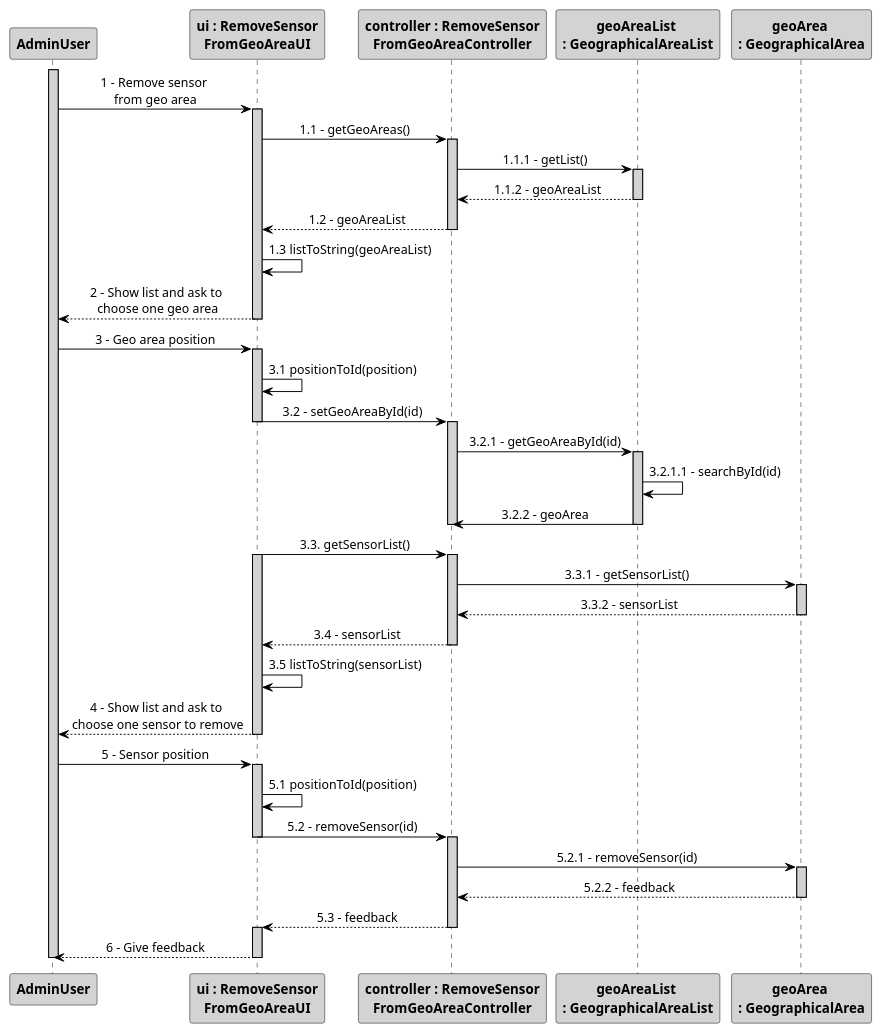
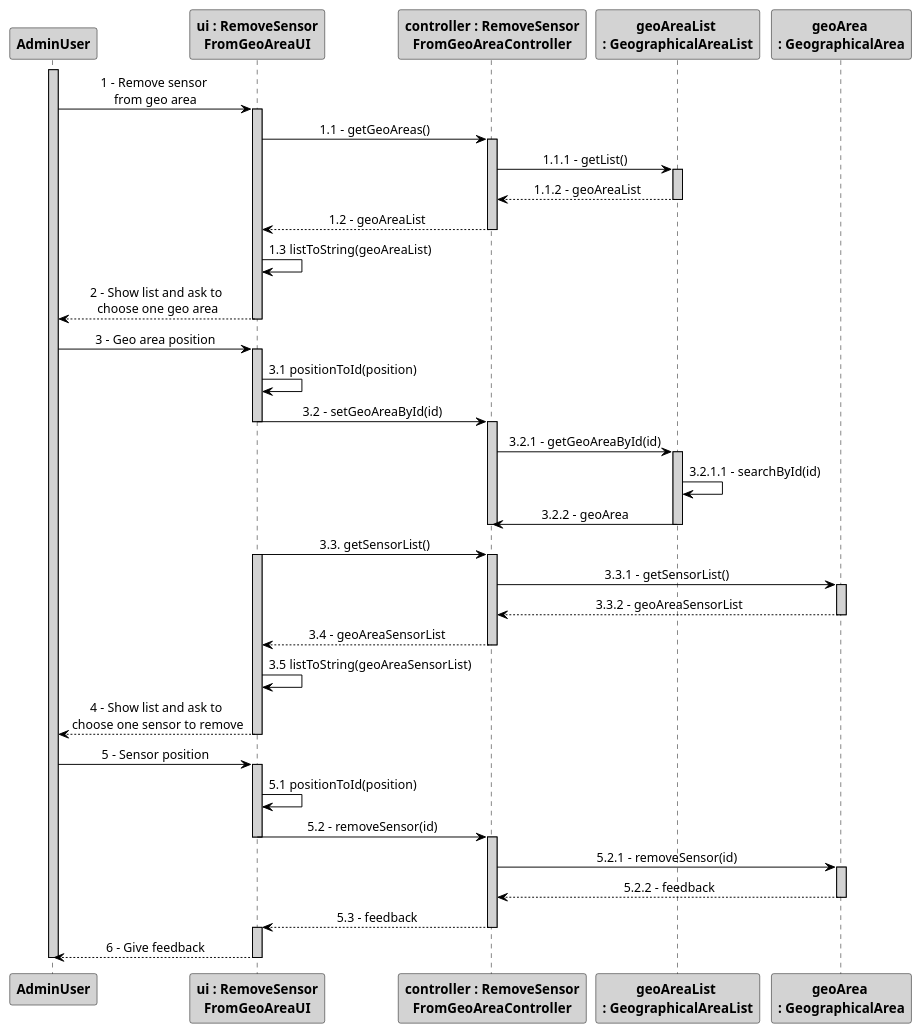
The diagram in src/main/java/pt/ipp/isep/dei/project/controllers/removesensorfromgeoareacontroller/SD_RemoveSensorFromGeoArea.puml (1181687/hateoasToy), drawn with PlantUML before and after one commit. The commit also changed 20 other files, not shown here.

Commit message:
addresses #149 [related to #157]: persistence of SensorRoom and SensorRoomList

```diff
--- a/src/main/java/pt/ipp/isep/dei/project/controllers/removesensorfromgeoareacontroller/SD_RemoveSensorFromGeoArea.puml
+++ b/src/main/java/pt/ipp/isep/dei/project/controllers/removesensorfromgeoareacontroller/SD_RemoveSensorFromGeoArea.puml
@@ -1,78 +1,78 @@
 @startuml
 skinparam sequenceMessageAlign center
 skinparam sequence {
 	ArrowColor Black
 	ActorBorderColor DarkBlue
 	LifeLineBorderColor black
 	LifeLineBackgroundColor LightGrey
 
 	ParticipantBorderColor Black
 	ParticipantBackgroundColor LightGrey
 	ParticipantFontStyle Bold
 
 	ActorBackgroundColor DimGrey
 	ActorFontColor DeepSkyBlue
 	ActorFontStyle Bold
 	ActorFontSize 17
 	ActorFontName Aapex
 }
 
 activate AdminUser
 actor AdminUser
 
 AdminUser -> "ui : RemoveSensor\nFromGeoAreaUI":1 - Remove sensor \nfrom geo area
 activate "ui : RemoveSensor\nFromGeoAreaUI"
 "ui : RemoveSensor\nFromGeoAreaUI" -> "controller : RemoveSensor\nFromGeoAreaController": 1.1 - getGeoAreas()
 activate "controller : RemoveSensor\nFromGeoAreaController"
 "controller : RemoveSensor\nFromGeoAreaController" -> "geoAreaList \n: GeographicalAreaList": 1.1.1 - getList()
 activate "geoAreaList \n: GeographicalAreaList"
 "geoAreaList \n: GeographicalAreaList" --> "controller : RemoveSensor\nFromGeoAreaController": 1.1.2 - geoAreaList
 deactivate "geoAreaList \n: GeographicalAreaList"
 "controller : RemoveSensor\nFromGeoAreaController" --> "ui : RemoveSensor\nFromGeoAreaUI": 1.2 - geoAreaList
 deactivate "controller : RemoveSensor\nFromGeoAreaController"
 "ui : RemoveSensor\nFromGeoAreaUI" -> "ui : RemoveSensor\nFromGeoAreaUI":  1.3 listToString(geoAreaList)
 "ui : RemoveSensor\nFromGeoAreaUI" --> AdminUser: 2 - Show list and ask to \nchoose one geo area
 deactivate "ui : RemoveSensor\nFromGeoAreaUI"
 AdminUser -> "ui : RemoveSensor\nFromGeoAreaUI": 3 - Geo area position
 activate "ui : RemoveSensor\nFromGeoAreaUI"
 "ui : RemoveSensor\nFromGeoAreaUI" -> "ui : RemoveSensor\nFromGeoAreaUI":  3.1 positionToId(position)
 "ui : RemoveSensor\nFromGeoAreaUI" -> "controller : RemoveSensor\nFromGeoAreaController": 3.2 - setGeoAreaById(id)
 deactivate "ui : RemoveSensor\nFromGeoAreaUI"
 activate "controller : RemoveSensor\nFromGeoAreaController"
 "controller : RemoveSensor\nFromGeoAreaController" -> "geoAreaList \n: GeographicalAreaList": 3.2.1 - getGeoAreaById(id)
 activate "geoAreaList \n: GeographicalAreaList"
 "geoAreaList \n: GeographicalAreaList" -> "geoAreaList \n: GeographicalAreaList": 3.2.1.1 - searchById(id)
 "geoAreaList \n: GeographicalAreaList" -> "controller : RemoveSensor\nFromGeoAreaController": 3.2.2 - geoArea
 deactivate "geoAreaList \n: GeographicalAreaList"
 deactivate "controller : RemoveSensor\nFromGeoAreaController"
 "ui : RemoveSensor\nFromGeoAreaUI" -> "controller : RemoveSensor\nFromGeoAreaController": 3.3. getSensorList()
 activate "ui : RemoveSensor\nFromGeoAreaUI"
 activate "controller : RemoveSensor\nFromGeoAreaController"
 "controller : RemoveSensor\nFromGeoAreaController" -> "geoArea \n: GeographicalArea": 3.3.1 - getSensorList()
 activate "geoArea \n: GeographicalArea"
-"geoArea \n: GeographicalArea" --> "controller : RemoveSensor\nFromGeoAreaController": 3.3.2 - sensorList
+"geoArea \n: GeographicalArea" --> "controller : RemoveSensor\nFromGeoAreaController": 3.3.2 - geoAreaSensorList
 deactivate "geoArea \n: GeographicalArea"
-"controller : RemoveSensor\nFromGeoAreaController" --> "ui : RemoveSensor\nFromGeoAreaUI": 3.4 - sensorList
+"controller : RemoveSensor\nFromGeoAreaController" --> "ui : RemoveSensor\nFromGeoAreaUI": 3.4 - geoAreaSensorList
 deactivate "controller : RemoveSensor\nFromGeoAreaController"
-"ui : RemoveSensor\nFromGeoAreaUI" -> "ui : RemoveSensor\nFromGeoAreaUI":  3.5 listToString(sensorList)
+"ui : RemoveSensor\nFromGeoAreaUI" -> "ui : RemoveSensor\nFromGeoAreaUI":  3.5 listToString(geoAreaSensorList)
 "ui : RemoveSensor\nFromGeoAreaUI" --> AdminUser: 4 - Show list and ask to \nchoose one sensor to remove
 deactivate "ui : RemoveSensor\nFromGeoAreaUI"
 AdminUser -> "ui : RemoveSensor\nFromGeoAreaUI": 5 - Sensor position
 activate "ui : RemoveSensor\nFromGeoAreaUI"
 "ui : RemoveSensor\nFromGeoAreaUI" -> "ui : RemoveSensor\nFromGeoAreaUI":  5.1 positionToId(position)
 "ui : RemoveSensor\nFromGeoAreaUI" -> "controller : RemoveSensor\nFromGeoAreaController": 5.2 - removeSensor(id)
 deactivate "ui : RemoveSensor\nFromGeoAreaUI"
 activate "controller : RemoveSensor\nFromGeoAreaController"
 "controller : RemoveSensor\nFromGeoAreaController" -> "geoArea \n: GeographicalArea": 5.2.1 - removeSensor(id)
 activate "geoArea \n: GeographicalArea"
 "geoArea \n: GeographicalArea" --> "controller : RemoveSensor\nFromGeoAreaController": 5.2.2 - feedback
 deactivate "geoArea \n: GeographicalArea"
 "controller : RemoveSensor\nFromGeoAreaController" --> "ui : RemoveSensor\nFromGeoAreaUI": 5.3 - feedback
 deactivate "controller : RemoveSensor\nFromGeoAreaController"
 activate "ui : RemoveSensor\nFromGeoAreaUI"
 "ui : RemoveSensor\nFromGeoAreaUI" --> AdminUser: 6 - Give feedback
 deactivate "ui : RemoveSensor\nFromGeoAreaUI"
 
 deactivate AdminUser
 
 @enduml
```
